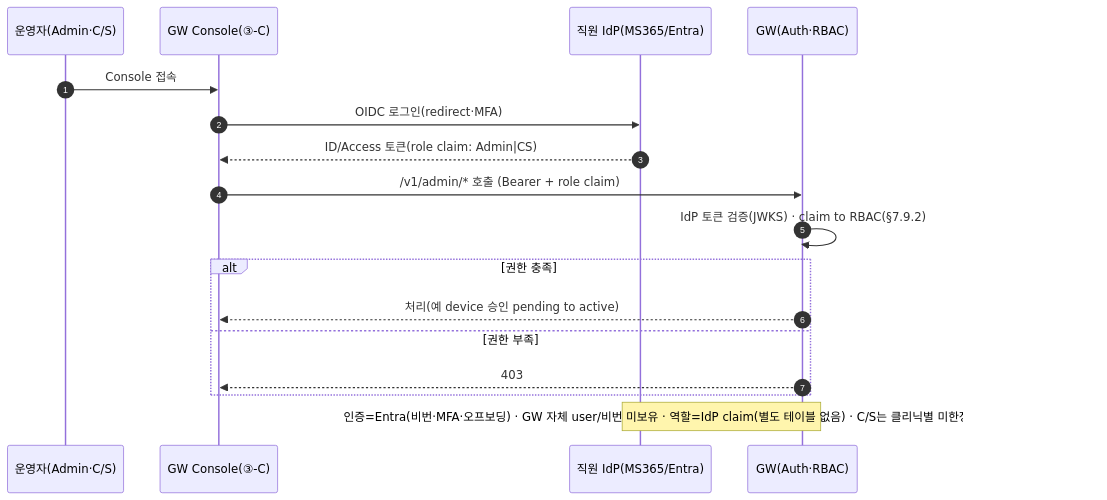
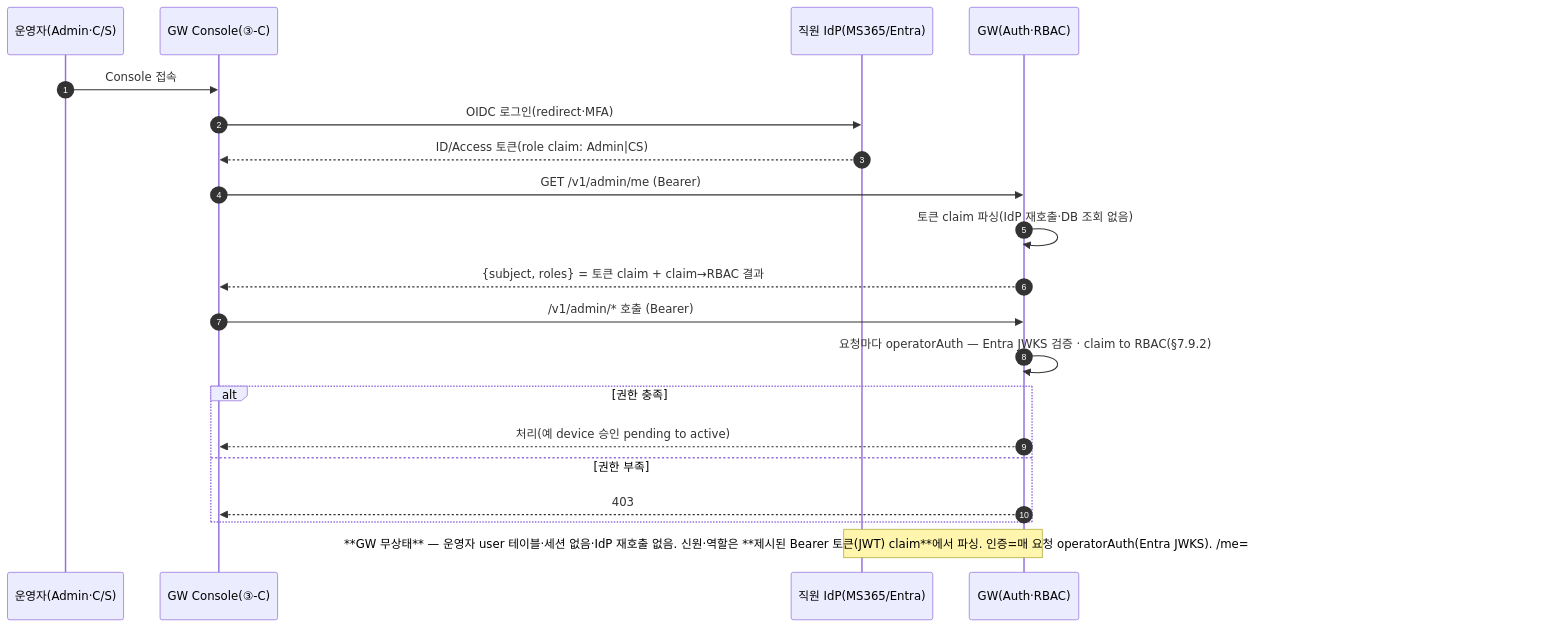
One commit to gracegyu/scp-architecture changed diagram 20 of 23 in docs/VT_API_Gateway/08.VT_API_Gateway/specs/03-srs-gateway/SRS.md. Above: the diagram before and after it, drawn with Mermaid. The commit also changed other lines of this file and 1 other file, not shown here.

Commit message:
문서 업데이트: VT API Gateway의 SRS 문서에서 운영자 인증 방식 및 OIDC 토큰 검증 프로세스를 재구성하였으며, 새로운 API 경로 `/v1/admin/me`를 추가하여 운영자 신원 및 역할 조회 기능을 명확히 하였습니다. 이를 통해 인증 절차의 일관성을 높이고, 시스템 아키텍처의 명확성을 강화하였습니다.

````diff
--- a/docs/VT_API_Gateway/08.VT_API_Gateway/specs/03-srs-gateway/SRS.md
+++ b/docs/VT_API_Gateway/08.VT_API_Gateway/specs/03-srs-gateway/SRS.md
@@ -877,19 +877,22 @@
 ```mermaid
 sequenceDiagram
     autonumber
     participant OP as 운영자(Admin·C/S)
     participant CO as GW Console(③-C)
     participant EN as 직원 IdP(MS365/Entra)
     participant GW as GW(Auth·RBAC)
     OP->>CO: Console 접속
     CO->>EN: OIDC 로그인(redirect·MFA)
     EN-->>CO: ID/Access 토큰(role claim: Admin|CS)
-    CO->>GW: /v1/admin/* 호출 (Bearer + role claim)
-    GW->>GW: IdP 토큰 검증(JWKS) · claim to RBAC(§7.9.2)
+    CO->>GW: GET /v1/admin/me (Bearer)
+    GW->>GW: 토큰 claim 파싱(IdP 재호출·DB 조회 없음)
+    GW-->>CO: {subject, roles} = 토큰 claim + claim→RBAC 결과
+    CO->>GW: /v1/admin/* 호출 (Bearer)
+    GW->>GW: 요청마다 operatorAuth — Entra JWKS 검증 · claim to RBAC(§7.9.2)
     alt 권한 충족
         GW-->>CO: 처리(예 device 승인 pending to active)
     else 권한 부족
         GW-->>CO: 403
     end
-    Note over GW,EN: 인증=Entra(비번·MFA·오프보딩) · GW 자체 user/비번 미보유 · 역할=IdP claim(별도 테이블 없음) · C/S는 클리닉별 미한정(국가/법인별 한정은 TBD·#39)
+    Note over GW,EN: **GW 무상태** — 운영자 user 테이블·세션 없음·IdP 재호출 없음. 신원·역할은 **제시된 Bearer 토큰(JWT) claim**에서 파싱. 인증=매 요청 operatorAuth(Entra JWKS). /me=토큰 claim+GW 역할해석 에코(UI용). C/S 클리닉 미한정(#39 확정)
 ```
````
